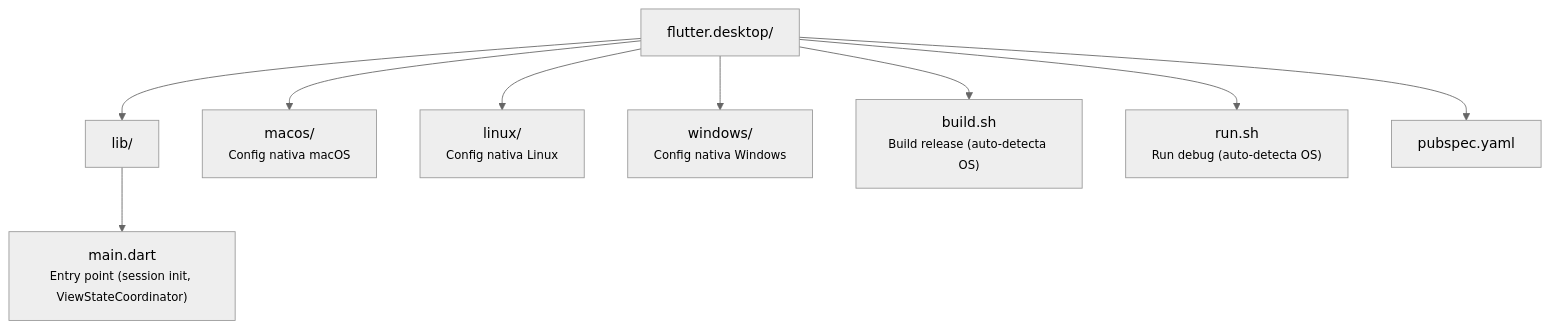
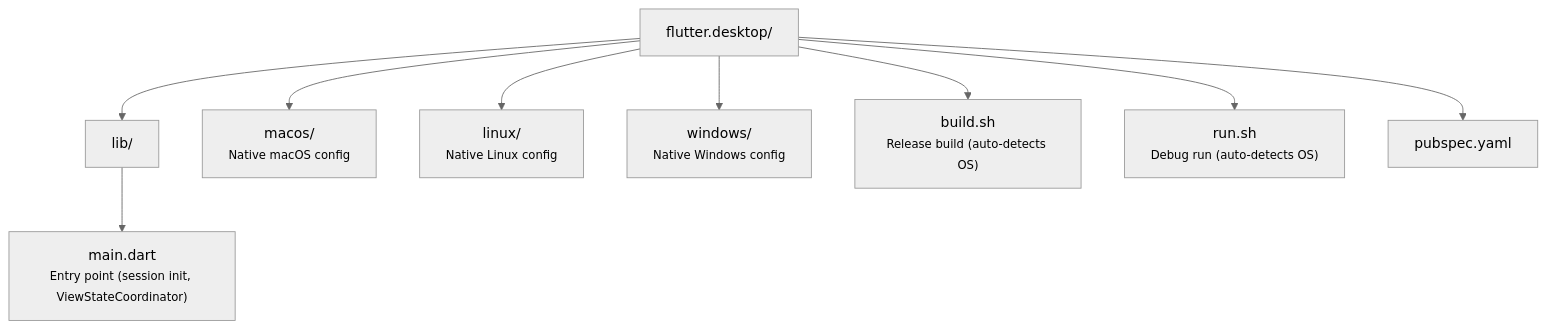
The diagram in fontes/br.com.wdc.shopping/br.com.wdc.shopping.view.remote/remote.shell.flutter/flutter.desktop/README.md (mrcdom/wdc-cube-java-v2), drawn with Mermaid (neutral theme) before and after one commit. The commit also changed other lines of this file and 69 other files, not shown here.

````diff
--- a/fontes/br.com.wdc.shopping/br.com.wdc.shopping.view.remote/remote.shell.flutter/flutter.desktop/README.md
+++ b/fontes/br.com.wdc.shopping/br.com.wdc.shopping.view.remote/remote.shell.flutter/flutter.desktop/README.md
@@ -42,21 +42,21 @@
 ```mermaid
 graph TD
     root["flutter.desktop/"]
     lib["lib/"]
     main["main.dart<br/><small>Entry point (session init, ViewStateCoordinator)</small>"]
-    macos["macos/<br/><small>Config nativa macOS</small>"]
-    linux["linux/<br/><small>Config nativa Linux</small>"]
-    windows["windows/<br/><small>Config nativa Windows</small>"]
-    buildsh["build.sh<br/><small>Build release (auto-detecta OS)</small>"]
-    runsh["run.sh<br/><small>Run debug (auto-detecta OS)</small>"]
+    macos["macos/<br/><small>Native macOS config</small>"]
+    linux["linux/<br/><small>Native Linux config</small>"]
+    windows["windows/<br/><small>Native Windows config</small>"]
+    buildsh["build.sh<br/><small>Release build (auto-detects OS)</small>"]
+    runsh["run.sh<br/><small>Debug run (auto-detects OS)</small>"]
     pubspec["pubspec.yaml"]
 
     root --> lib
     root --> macos
     root --> linux
     root --> windows
     root --> buildsh
     root --> runsh
     root --> pubspec
     lib --> main
 ```
````
